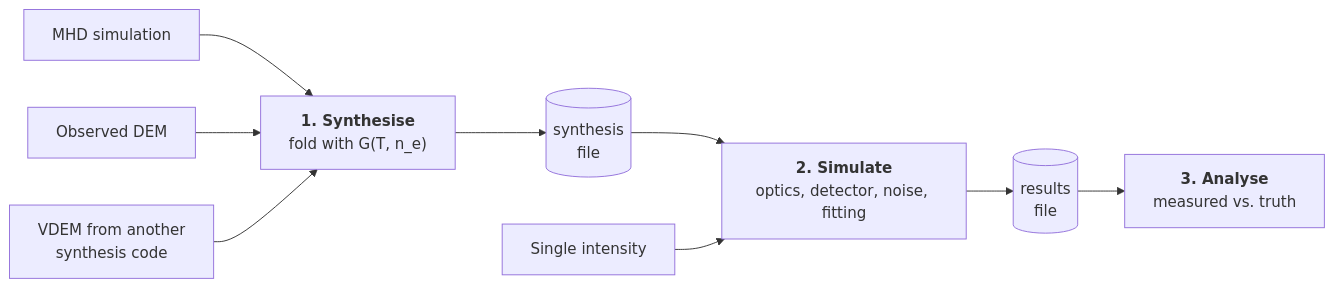
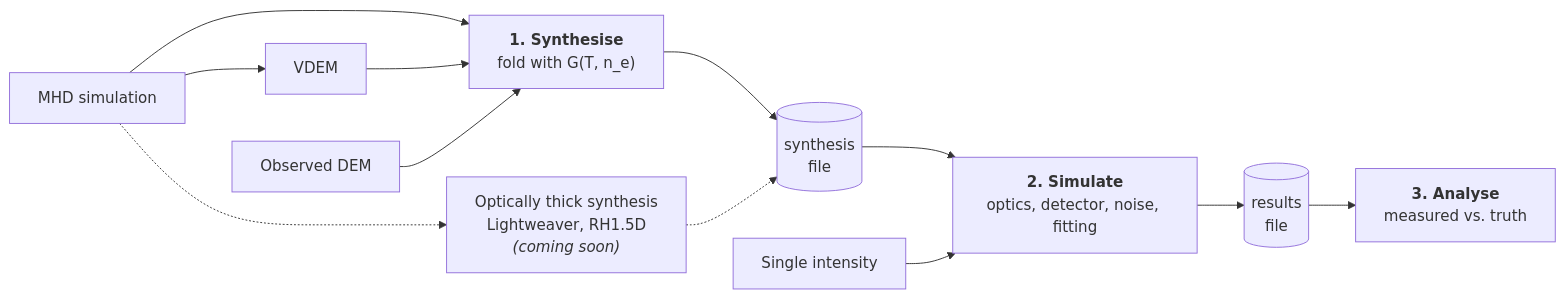
Before and after one commit to jamesmckevitt/eclipse: the diagram in docs/index.md, drawn with Mermaid. The commit also changed other lines of this file, not shown here.

First line of the commit message:
Show external optically thick synthesis in the pipeline

````diff
--- a/docs/index.md
+++ b/docs/index.md
@@ -18,11 +18,14 @@
 ```mermaid
 flowchart LR
     MHD["MHD simulation"] --> SYN
+    MHD --> VDEM["VDEM"]
+    MHD -.-> EXT["Optically thick synthesis<br>Lightweaver, RH1.5D<br><i>(coming soon)</i>"]
+    VDEM --> SYN
     DEM["Observed DEM"] --> SYN
-    VDEM["VDEM from another<br>synthesis code"] --> SYN
     SYN["<b>1. Synthesise</b><br>fold with G(T, n_e)"] --> PKL[("synthesis<br>file")]
+    EXT -.-> PKL
     PKL --> INS
     UNI["Single intensity"] --> INS
     INS["<b>2. Simulate</b><br>optics, detector, noise, fitting"] --> RES[("results<br>file")]
     RES --> ANA["<b>3. Analyse</b><br>measured vs. truth"]
 ```
````
